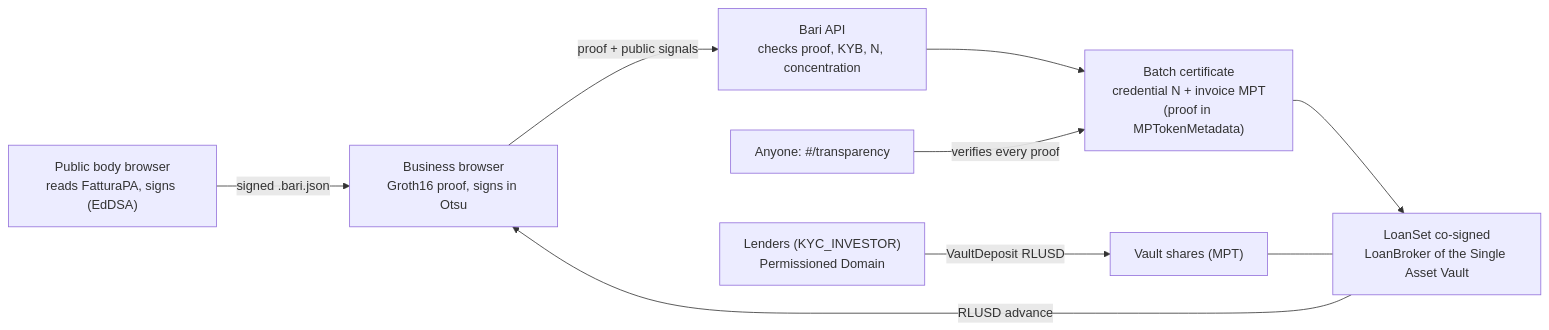
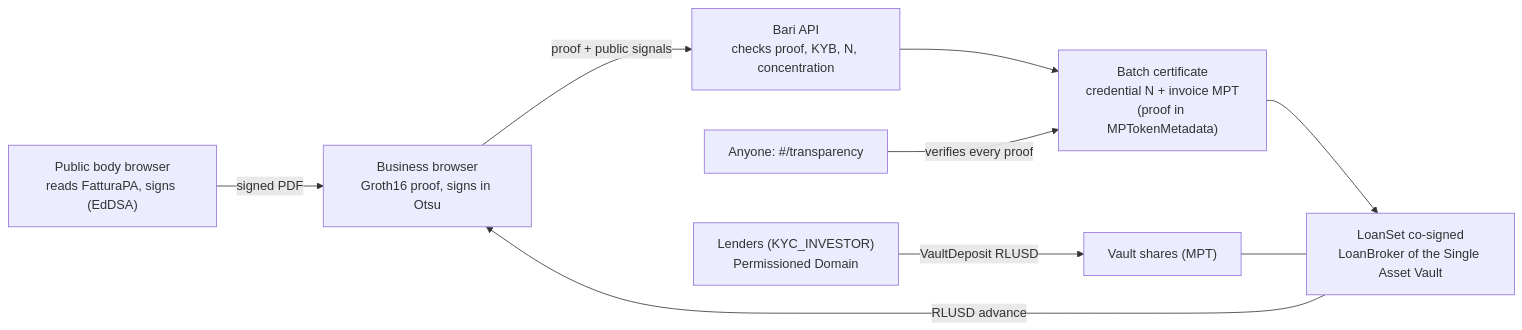
Before and after one commit to STOOOKEEE/carboidrato: the diagram in README.md, drawn with Mermaid. The commit also changed other lines of this file and 1 other file, not shown here.

First line of the commit message:
docs: signed PDF handoff, sakura direction and renamed spaces

````diff
--- a/README.md
+++ b/README.md
@@ -51,11 +51,11 @@
 ```mermaid
 flowchart LR
-  PB["Public body browser<br/>reads FatturaPA, signs (EdDSA)"] -->|signed .bari.json| SME["Business browser<br/>Groth16 proof, signs in Otsu"]
+  PB["Public body browser<br/>reads FatturaPA, signs (EdDSA)"] -->|signed PDF| SME["Business browser<br/>Groth16 proof, signs in Otsu"]
   SME -->|proof + public signals| API["Bari API<br/>checks proof, KYB, N, concentration"]
   API --> BATCH["Batch certificate<br/>credential N + invoice MPT<br/>(proof in MPTokenMetadata)"]
   BATCH --> LOAN["LoanSet co-signed<br/>LoanBroker of the Single Asset Vault"]
   LOAN -->|RLUSD advance| SME
   LENDERS["Lenders (KYC_INVESTOR)<br/>Permissioned Domain"] -->|VaultDeposit RLUSD| VAULT["Vault shares (MPT)"]
   VAULT --- LOAN
   ANY["Anyone: #/transparency"] -->|verifies every proof| BATCH
 ```
````
